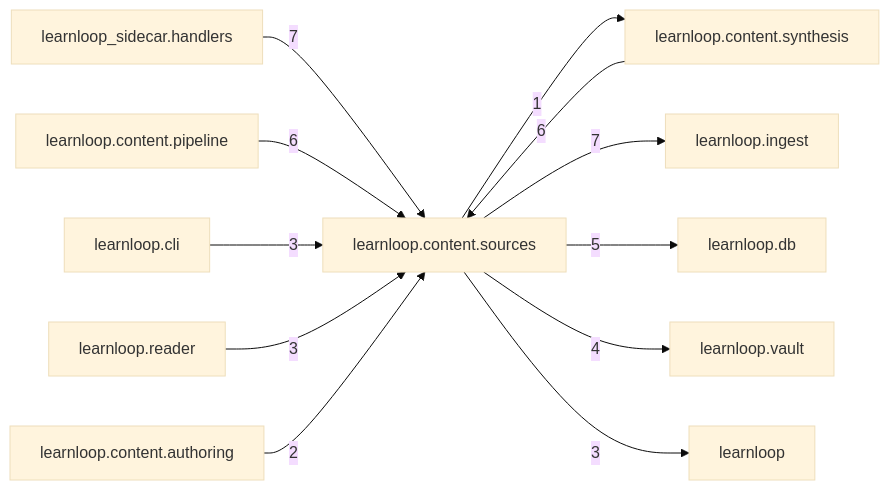
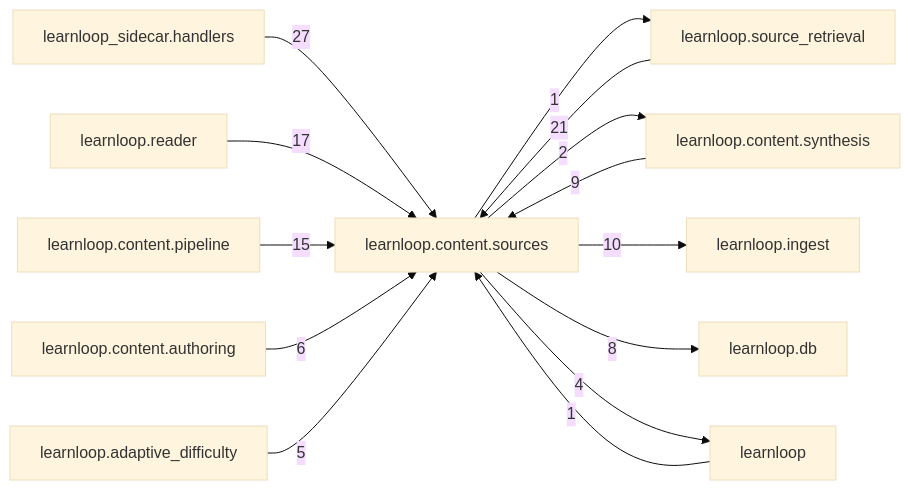
One commit to 6up-b/learnanything changed the diagram in docs/learnloop-architecture-vault/Reference/Modules/learnloop/content/sources/_package.md. Above: the diagram before and after it, drawn with Mermaid (base theme). The commit also changed other lines of this file and 1202 other files, not shown here.

````diff
--- a/docs/learnloop-architecture-vault/Reference/Modules/learnloop/content/sources/_package.md
+++ b/docs/learnloop-architecture-vault/Reference/Modules/learnloop/content/sources/_package.md
@@ -98,25 +125,27 @@
 ```mermaid
 flowchart LR
     center["learnloop.content.sources"]
+    n_learnloop_sidecar_handlers["learnloop_sidecar.handlers"]
+    n_learnloop_source_retrieval["learnloop.source_retrieval"]
+    n_learnloop_reader["learnloop.reader"]
+    n_learnloop_content_pipeline["learnloop.content.pipeline"]
     n_learnloop_content_synthesis["learnloop.content.synthesis"]
     n_learnloop_ingest["learnloop.ingest"]
-    n_learnloop_sidecar_handlers["learnloop_sidecar.handlers"]
-    n_learnloop_content_pipeline["learnloop.content.pipeline"]
     n_learnloop_db["learnloop.db"]
-    n_learnloop_vault["learnloop.vault"]
+    n_learnloop_content_authoring["learnloop.content.authoring"]
     n_learnloop["learnloop"]
-    n_learnloop_cli["learnloop.cli"]
-    n_learnloop_reader["learnloop.reader"]
-    n_learnloop_content_authoring["learnloop.content.authoring"]
-    n_learnloop_content_synthesis -->|6| center
-    center -->|1| n_learnloop_content_synthesis
-    center -->|7| n_learnloop_ingest
-    n_learnloop_sidecar_handlers -->|7| center
-    n_learnloop_content_pipeline -->|6| center
-    center -->|5| n_learnloop_db
-    center -->|4| n_learnloop_vault
-    center -->|3| n_learnloop
-    n_learnloop_cli -->|3| center
-    n_learnloop_reader -->|3| center
-    n_learnloop_content_authoring -->|2| center
+    n_learnloop_adaptive_difficulty["learnloop.adaptive_difficulty"]
+    n_learnloop_sidecar_handlers -->|27| center
+    n_learnloop_source_retrieval -->|21| center
+    center -->|1| n_learnloop_source_retrieval
+    n_learnloop_reader -->|17| center
+    n_learnloop_content_pipeline -->|15| center
+    n_learnloop_content_synthesis -->|9| center
+    center -->|2| n_learnloop_content_synthesis
+    center -->|10| n_learnloop_ingest
+    center -->|8| n_learnloop_db
+    n_learnloop_content_authoring -->|6| center
+    n_learnloop -->|1| center
+    center -->|4| n_learnloop
+    n_learnloop_adaptive_difficulty -->|5| center
 ```
````
